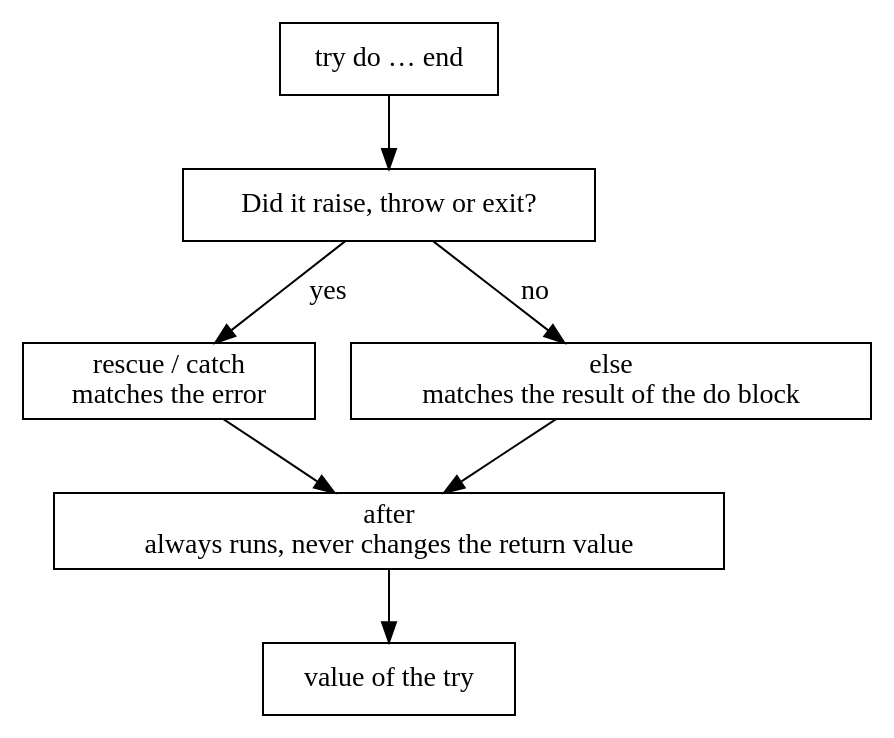
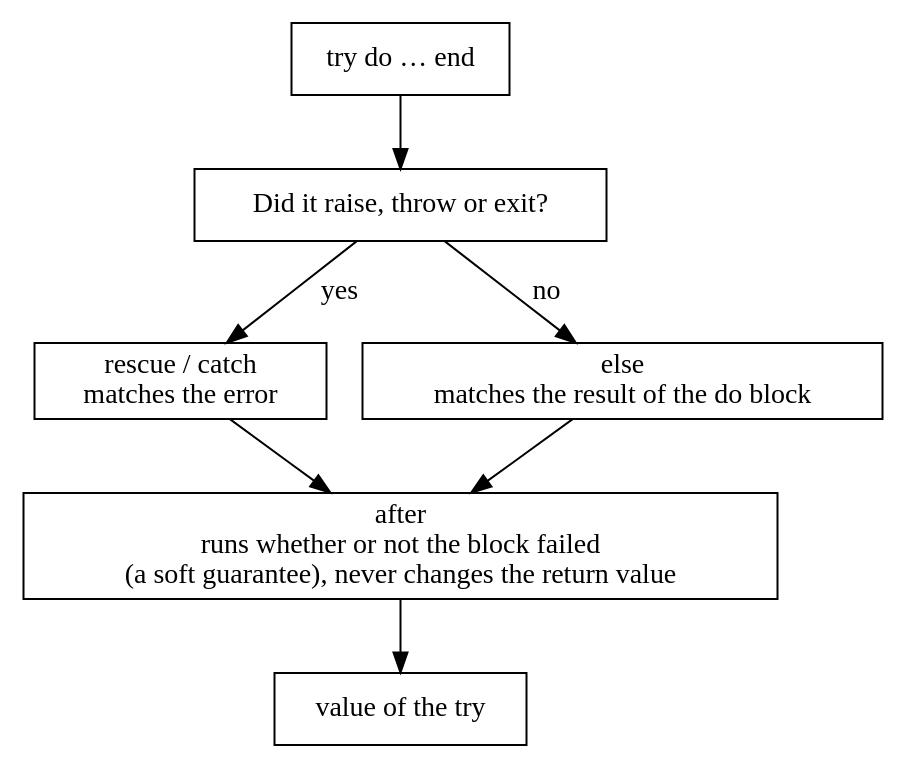
Before and after one commit to danceinthefake/visualixir: the diagram in docs/diagrams/try-catch-and-rescue/order.dot, drawn with Graphviz. The commit also changed 5 other files, not shown here.

First line of the commit message:
Fix two technical errors in diagram text

```diff
--- a/docs/diagrams/try-catch-and-rescue/order.dot
+++ b/docs/diagrams/try-catch-and-rescue/order.dot
@@ -1,15 +1,15 @@
 digraph order {
   node [shape=box]
   t [label="try do … end"]
   q [label="Did it raise, throw or exit?"]
   rc [label="rescue / catch\nmatches the error"]
   el [label="else\nmatches the result of the do block"]
-  af [label="after\nalways runs, never changes the return value" class=hl]
+  af [label="after\nruns whether or not the block failed\n(a soft guarantee), never changes the return value" class=hl]
   ret [label="value of the try"]
   t -> q
   q -> rc [label=" yes"]
   q -> el [label=" no"]
   rc -> af
   el -> af
   af -> ret
 }
```
